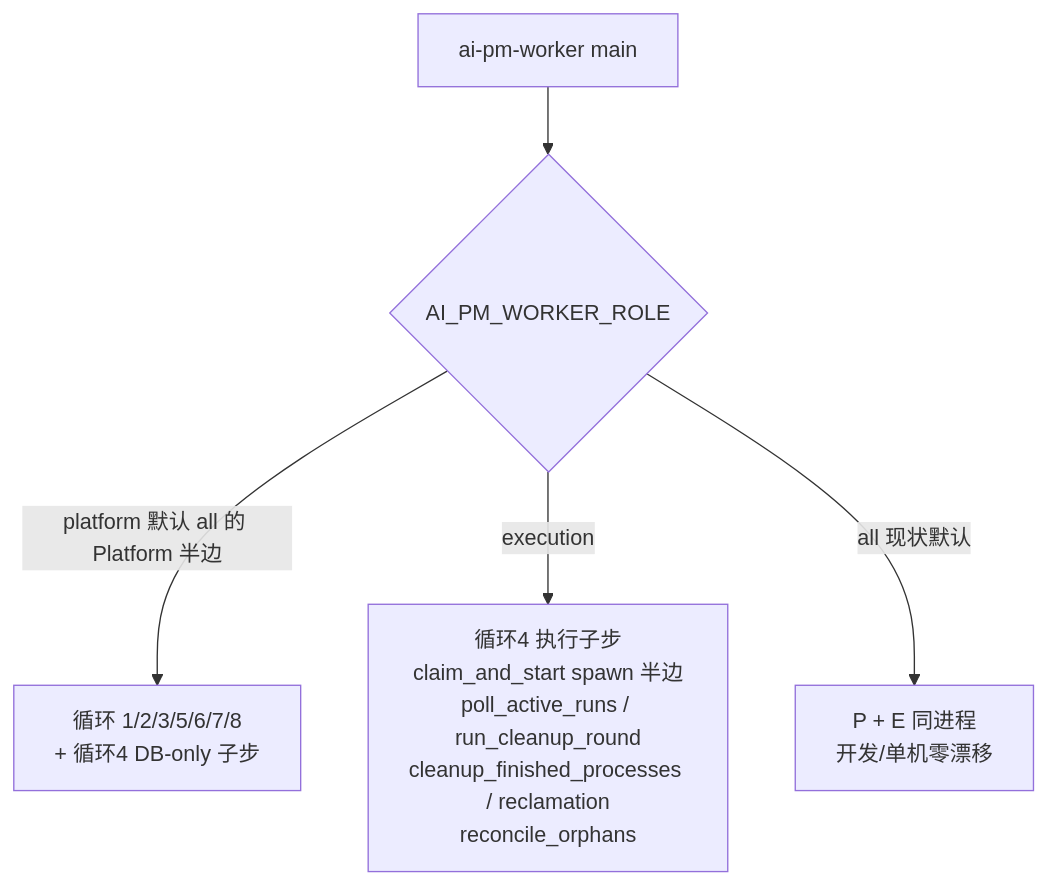
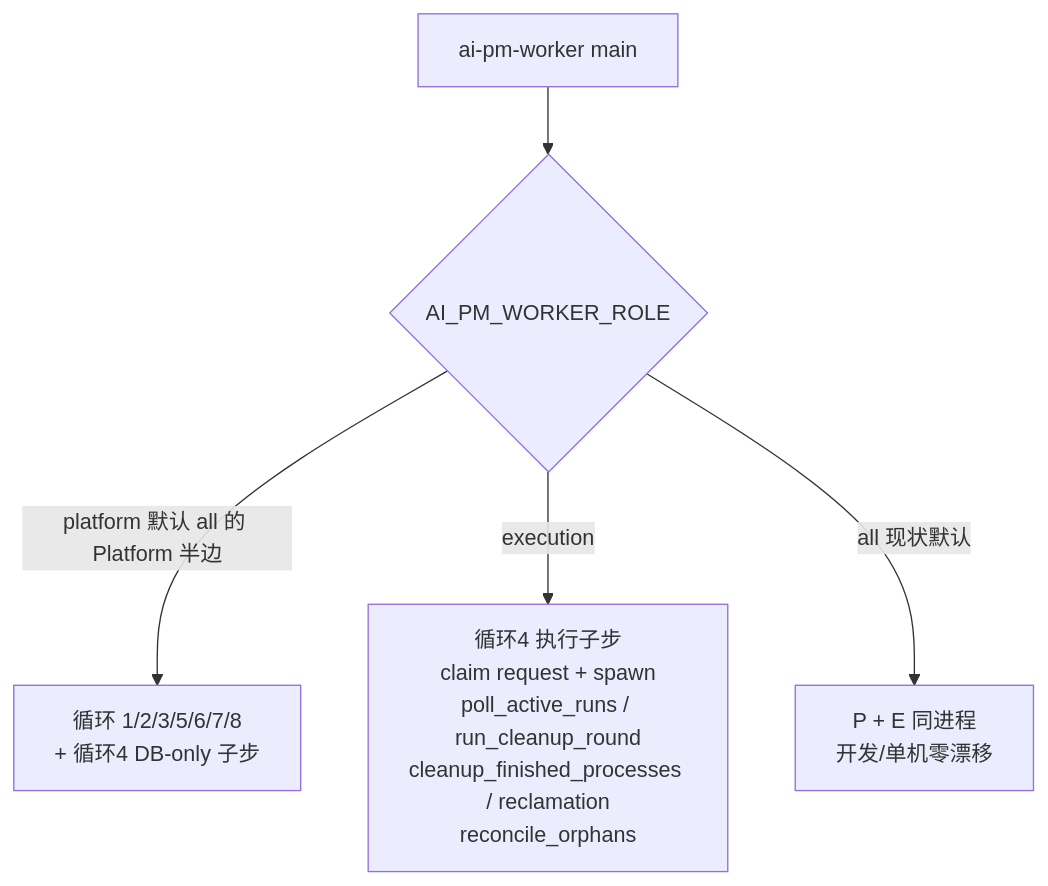
The first of 2 diagrams in docs/architecture/server-execution-management/worker-role-separation.md (luqizheng/ai-pm), drawn with Mermaid before and after one commit. The commit also changed other lines of this file, not shown here.

````diff
--- a/docs/architecture/server-execution-management/worker-role-separation.md
+++ b/docs/architecture/server-execution-management/worker-role-separation.md
@@ -45,7 +45,7 @@
 ```mermaid
 flowchart TD
     M[ai-pm-worker main] --> R{AI_PM_WORKER_ROLE}
     R -->|platform 默认 all 的 Platform 半边| P[循环 1/2/3/5/6/7/8<br/>+ 循环4 DB-only 子步]
-    R -->|execution| E[循环4 执行子步<br/>claim_and_start spawn 半边<br/>poll_active_runs / run_cleanup_round<br/>cleanup_finished_processes / reclamation<br/>reconcile_orphans]
+    R -->|execution| E[循环4 执行子步<br/>claim request + spawn<br/>poll_active_runs / run_cleanup_round<br/>cleanup_finished_processes / reclamation<br/>reconcile_orphans]
     R -->|all 现状默认| A[P + E 同进程<br/>开发/单机零漂移]
 ```
````
